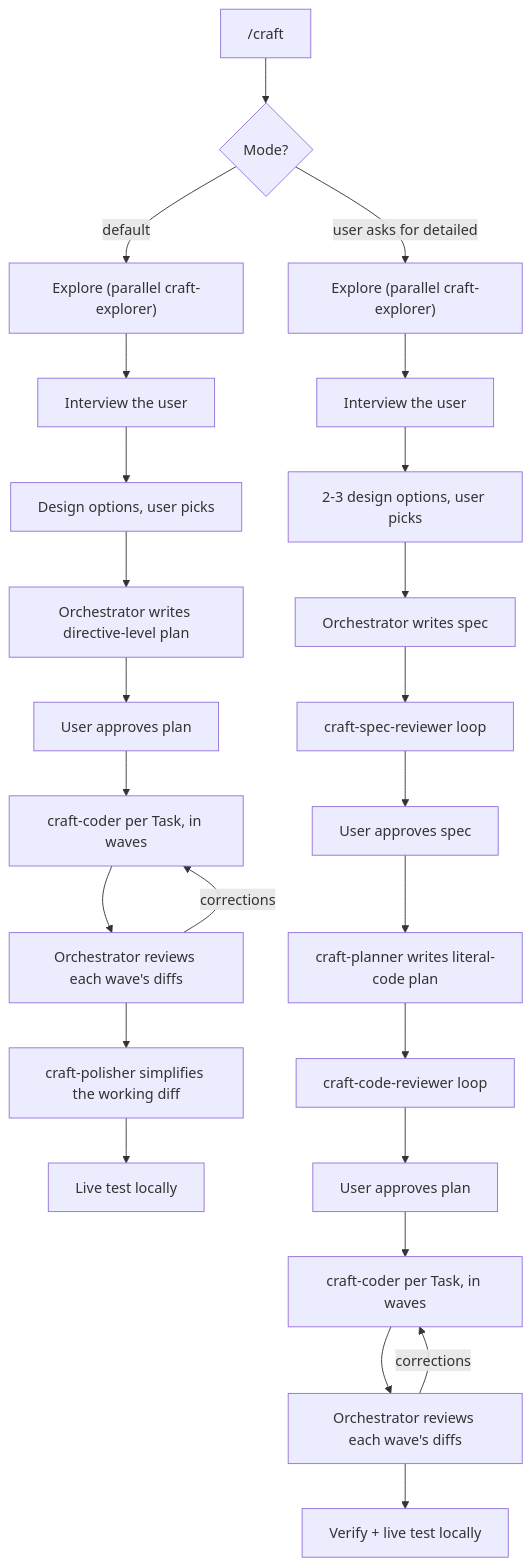
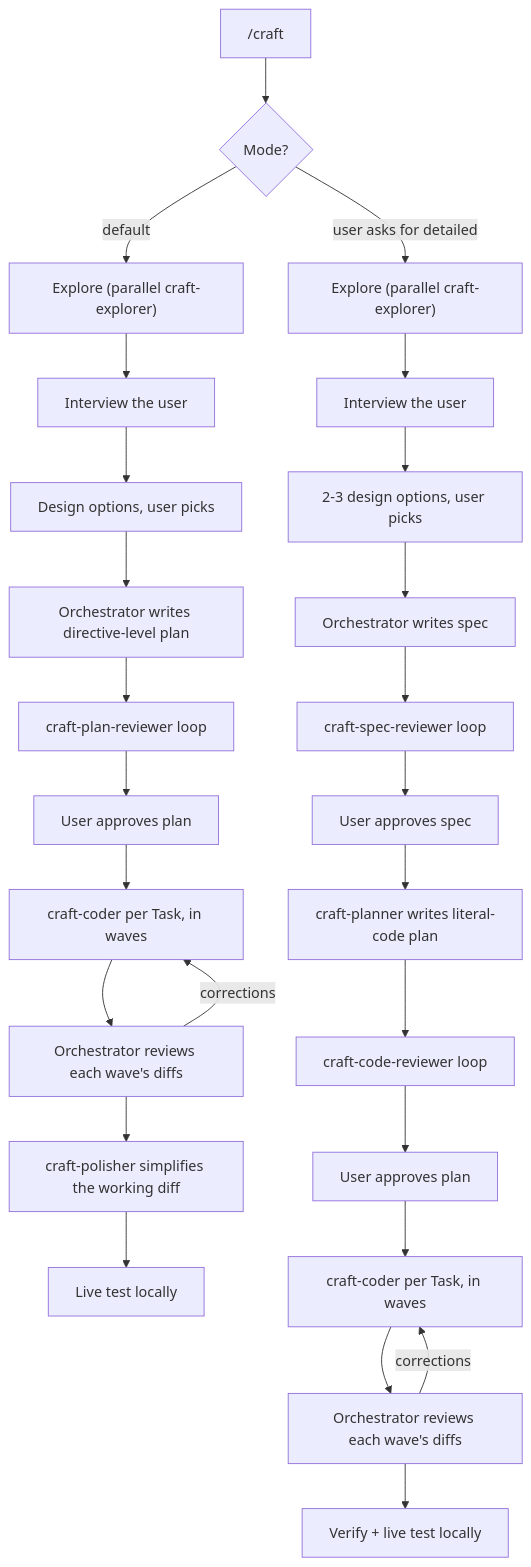
One commit to AidenHadisi/craft changed the diagram in README.md. Above: the diagram before and after it, drawn with Mermaid. The commit also changed other lines of this file and 5 other files, not shown here.

````diff
--- a/README.md
+++ b/README.md
@@ -40,28 +41,29 @@
 ```mermaid
 flowchart TD
     start["/craft"] --> mode{"Mode?"}
     mode -->|default| qexplore["Explore (parallel craft-explorer)"]
     qexplore --> qinterview["Interview the user"]
     qinterview --> qdesigns["Design options, user picks"]
     qdesigns --> qplan["Orchestrator writes directive-level plan"]
-    qplan --> qgate["User approves plan"]
+    qplan --> qplanrev["craft-plan-reviewer loop"]
+    qplanrev --> qgate["User approves plan"]
     qgate --> qbuild["craft-coder per Task, in waves"]
     qbuild --> qreview["Orchestrator reviews each wave's diffs"]
     qreview -->|corrections| qbuild
     qreview --> qpolish["craft-polisher simplifies the working diff"]
     qpolish --> qverify["Live test locally"]
 
     mode -->|"user asks for detailed"| dexplore["Explore (parallel craft-explorer)"]
     dexplore --> interview["Interview the user"]
     interview --> designs["2-3 design options, user picks"]
     designs --> spec["Orchestrator writes spec"]
     spec --> specrev["craft-spec-reviewer loop"]
     specrev --> specgate["User approves spec"]
     specgate --> planner["craft-planner writes literal-code plan"]
     planner --> coderev["craft-code-reviewer loop"]
     coderev --> plangate["User approves plan"]
     plangate --> dbuild["craft-coder per Task, in waves"]
     dbuild --> dreview["Orchestrator reviews each wave's diffs"]
     dreview -->|corrections| dbuild
     dreview --> dverify["Verify + live test locally"]
 ```
````
